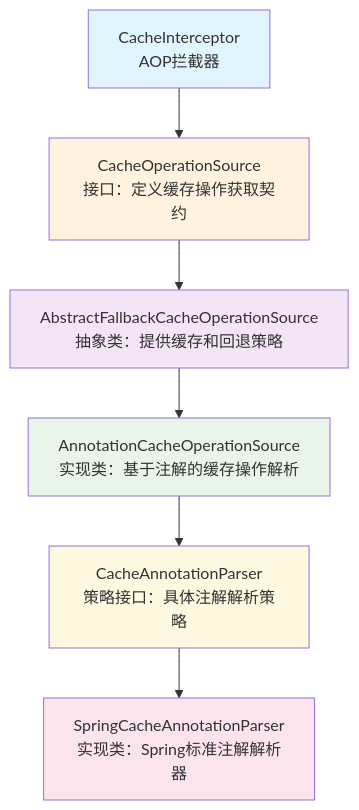
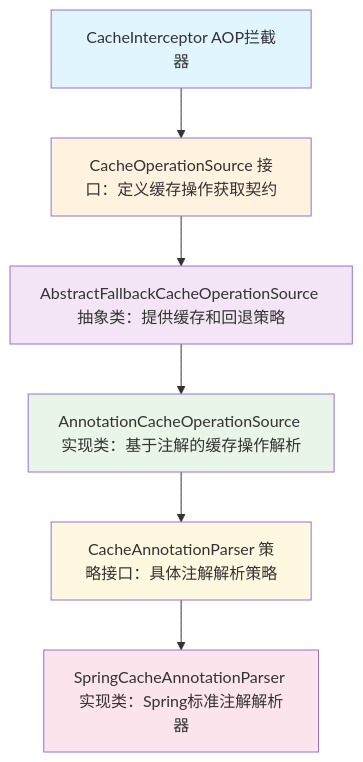
The first of 8 diagrams in src/content/note/zh-cn/spring-cache-cacheoperation-source-analysis.md (DavidHLP/blog), drawn with Mermaid before and after one commit. The commit also changed other lines of this file and 1 other file, not shown here.

````diff
--- a/src/content/note/zh-cn/spring-cache-cacheoperation-source-analysis.md
+++ b/src/content/note/zh-cn/spring-cache-cacheoperation-source-analysis.md
@@ -20,15 +20,15 @@
 ```mermaid
 flowchart TD
-    A["CacheInterceptor\nAOP拦截器"] --> B["CacheOperationSource\n接口：定义缓存操作获取契约"]
-    B --> C["AbstractFallbackCacheOperationSource\n抽象类：提供缓存和回退策略"]
-    C --> D["AnnotationCacheOperationSource\n实现类：基于注解的缓存操作解析"]
-    D --> E["CacheAnnotationParser\n策略接口：具体注解解析策略"]
-    E --> F["SpringCacheAnnotationParser\n实现类：Spring标准注解解析器"]
+    A["CacheInterceptor AOP拦截器"] --> B["CacheOperationSource 接口：定义缓存操作获取契约"]
+    B --> C["AbstractFallbackCacheOperationSource 抽象类：提供缓存和回退策略"]
+    C --> D["AnnotationCacheOperationSource 实现类：基于注解的缓存操作解析"]
+    D --> E["CacheAnnotationParser 策略接口：具体注解解析策略"]
+    E --> F["SpringCacheAnnotationParser 实现类：Spring标准注解解析器"]
 
     style A fill:#e1f5fe
     style B fill:#fff3e0
     style C fill:#f3e5f5
     style D fill:#e8f5e8
     style E fill:#fff8e1
     style F fill:#fce4ec
 ```
````
